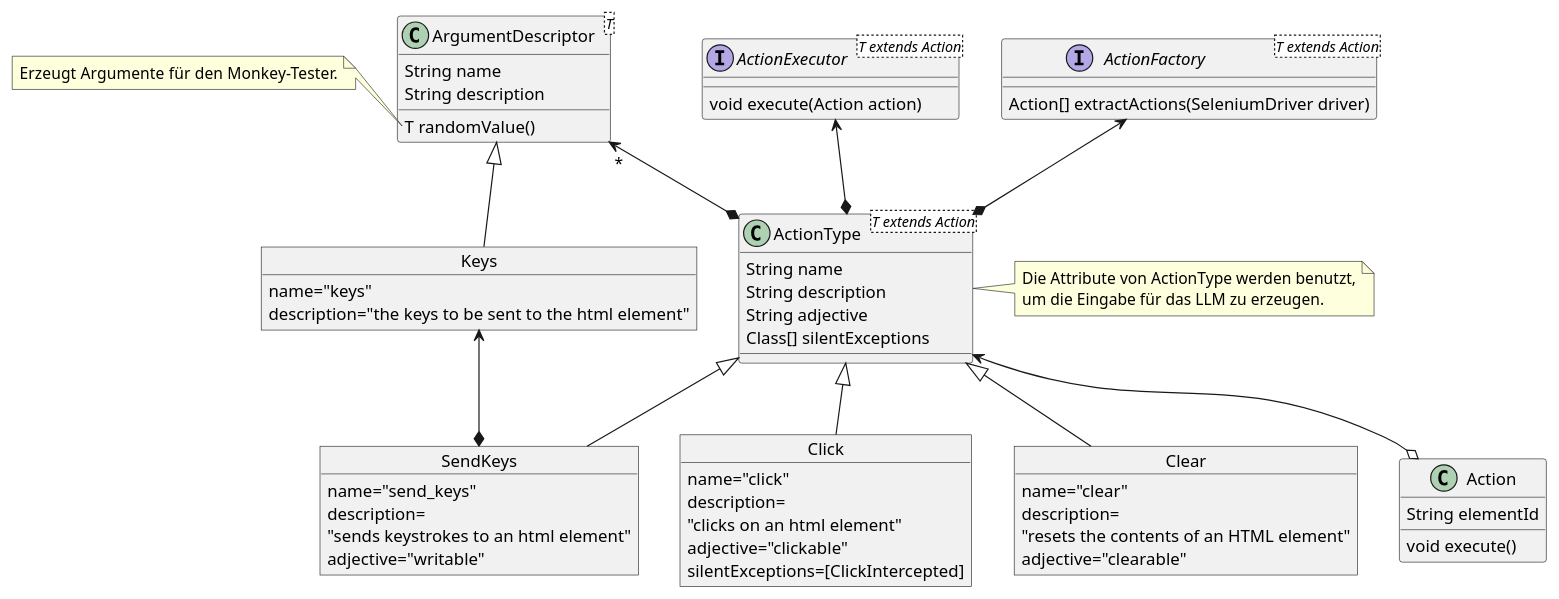
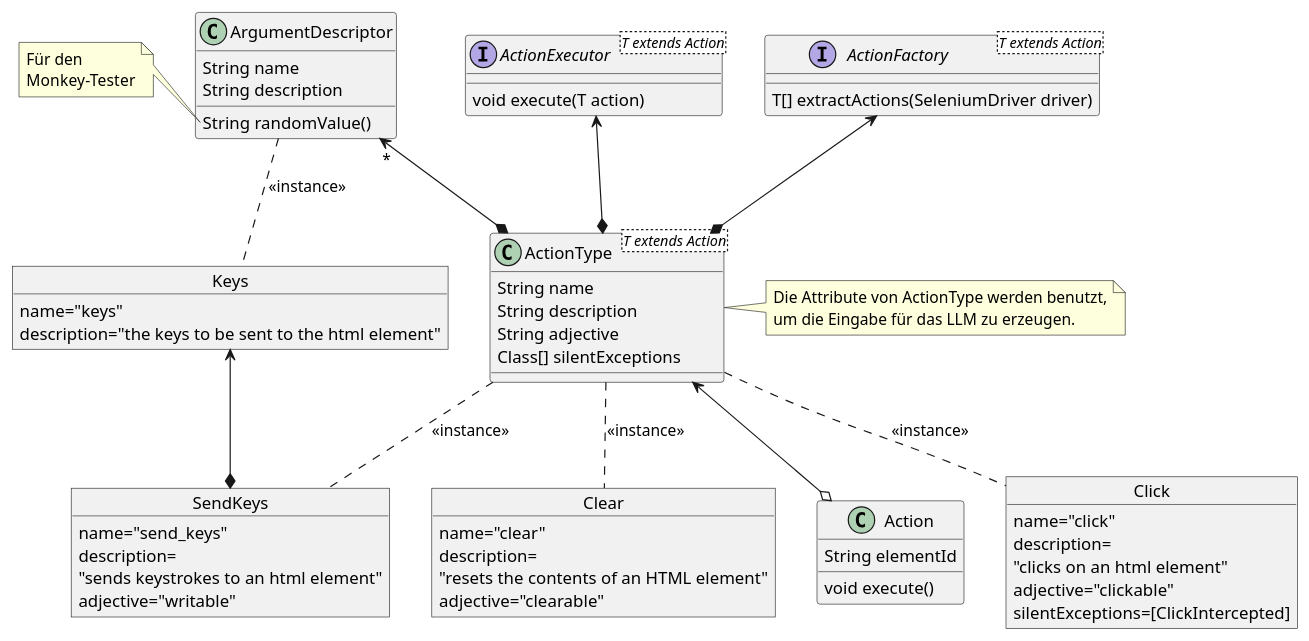
Before and after one commit to research-manuscripts/MA_Simon_Ding_latex_only: the diagram in plantuml/ActionType.pu, drawn with PlantUML. The commit also changed 6 other files, not shown here.

```diff
--- a/plantuml/ActionType.pu
+++ b/plantuml/ActionType.pu
@@ -1,74 +1,75 @@
 @startuml
 
-class Action {
-String elementId
-void execute()
-}
 
 object Click {
 name="click"
 description=\n"clicks on an html element"
 adjective="clickable"
 silentExceptions=[ClickIntercepted]
 }
 object Clear{
 name="clear"
 description=\n"resets the contents of an HTML element"
 adjective="clearable"
 }
 object SendKeys{
 name="send_keys"
 description=\n"sends keystrokes to an html element"
 adjective="writable"
 }
 
-ActionType <|-- Click
-ActionType <|-- Clear
-ActionType <|-- SendKeys
+ActionType .. Click : <<instance>>
+ActionType .. Clear : <<instance>>
+ActionType .. SendKeys : <<instance>>
 
 ActionExecutor <--* ActionType
 ActionFactory <--* ActionType
 ArgumentDescriptor "*" <--* ActionType
 
-ActionType <--o Action
 
 
 class ActionType<T extends Action>{
 String name
 String description
 String adjective
 Class[] silentExceptions
 }
 
 note right of ActionType
 Die Attribute von ActionType werden benutzt,
 um die Eingabe für das LLM zu erzeugen.
 end note
 
 interface ActionExecutor<T extends Action> {
-void execute(Action action)
+void execute(T action)
 }
 interface ActionFactory<T extends Action> {
-Action[] extractActions(SeleniumDriver driver)
+T[] extractActions(SeleniumDriver driver)
 }
 
-class ArgumentDescriptor<T>{
+class ArgumentDescriptor{
 String name
 String description
-T randomValue()
+String randomValue()
 }
 
 note left of ArgumentDescriptor::"randomValue()"
-Erzeugt Argumente für den Monkey-Tester.
+Für den
+Monkey-Tester
 end note
 
 object Keys{
 name="keys"
 description="the keys to be sent to the html element"
 }
 
 Keys <--* SendKeys
-ArgumentDescriptor <|-- Keys
+ArgumentDescriptor .. Keys : <<instance>>
 
+class Action {
+String elementId
+void execute()
+}
 
+ActionType <--o Action
 @enduml
```
